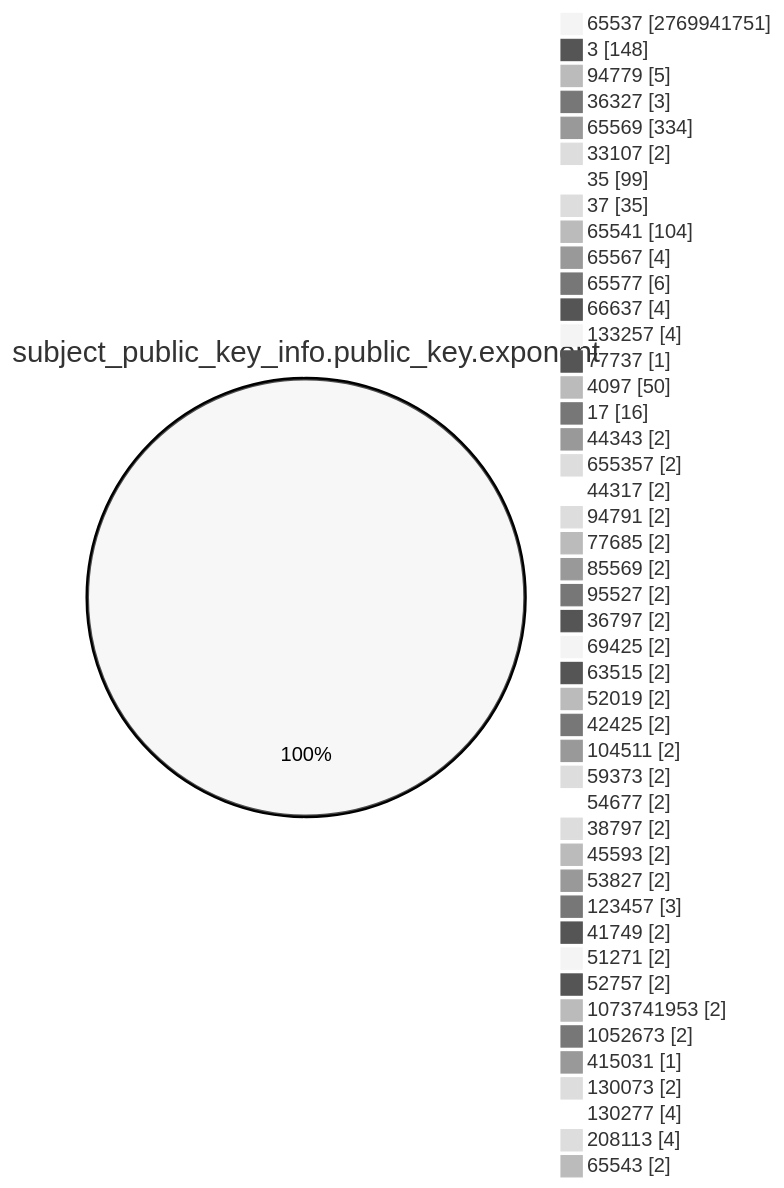
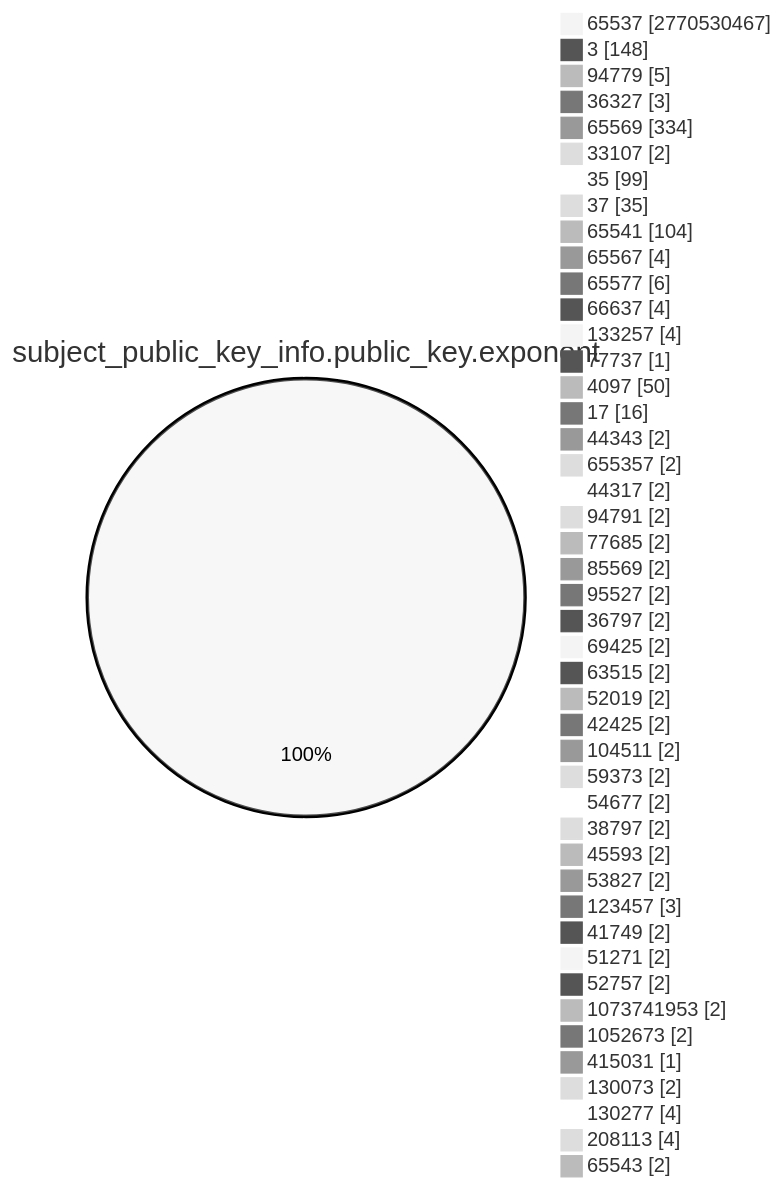
One commit to christiankrug/ctmonitor_visualization changed the fourth of 15 diagrams in TOTAL/README.md. Above: the diagram before and after it, drawn with Mermaid (neutral theme). The commit also changed other lines of this file, not shown here.

````diff
--- a/TOTAL/README.md
+++ b/TOTAL/README.md
@@ -1467,49 +1467,49 @@
 ```mermaid
 pie showData
 title subject_public_key_info.public_key.exponent
-"65537" :2769941751
+"65537" :2770530467
 "3" :148
 "94779" :5
 "36327" :3
 "65569" :334
 "33107" :2
 "35" :99
 "37" :35
 "65541" :104
 "65567" :4
 "65577" :6
 "66637" :4
 "133257" :4
 "77737" :1
 "4097" :50
 "17" :16
 "44343" :2
 "655357" :2
 "44317" :2
 "94791" :2
 "77685" :2
 "85569" :2
 "95527" :2
 "36797" :2
 "69425" :2
 "63515" :2
 "52019" :2
 "42425" :2
 "104511" :2
 "59373" :2
 "54677" :2
 "38797" :2
 "45593" :2
 "53827" :2
 "123457" :3
 "41749" :2
 "51271" :2
 "52757" :2
 "1073741953" :2
 "1052673" :2
 "415031" :1
 "130073" :2
 "130277" :4
 "208113" :4
 "65543" :2
 ```
````
